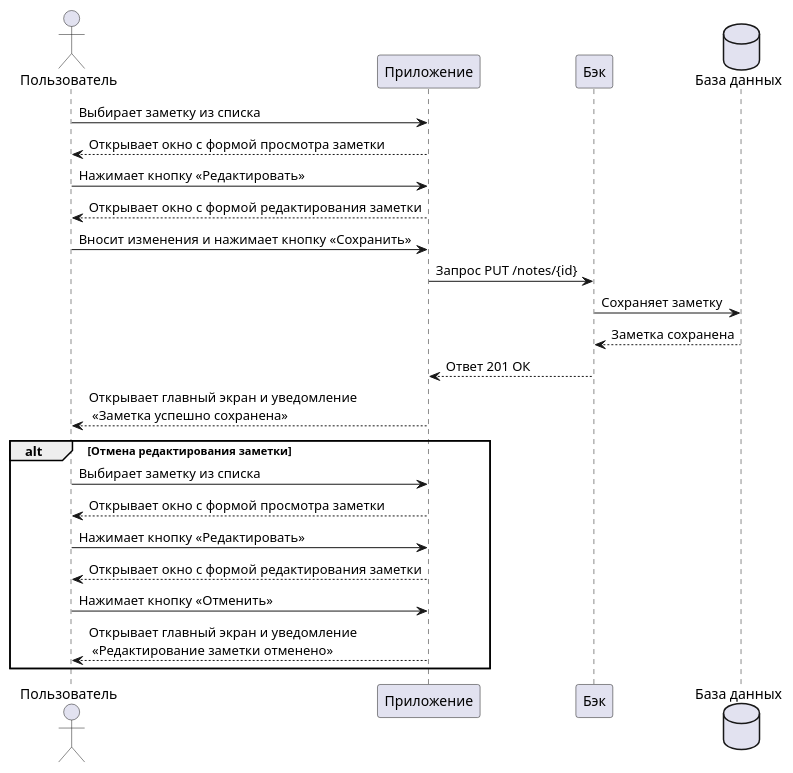
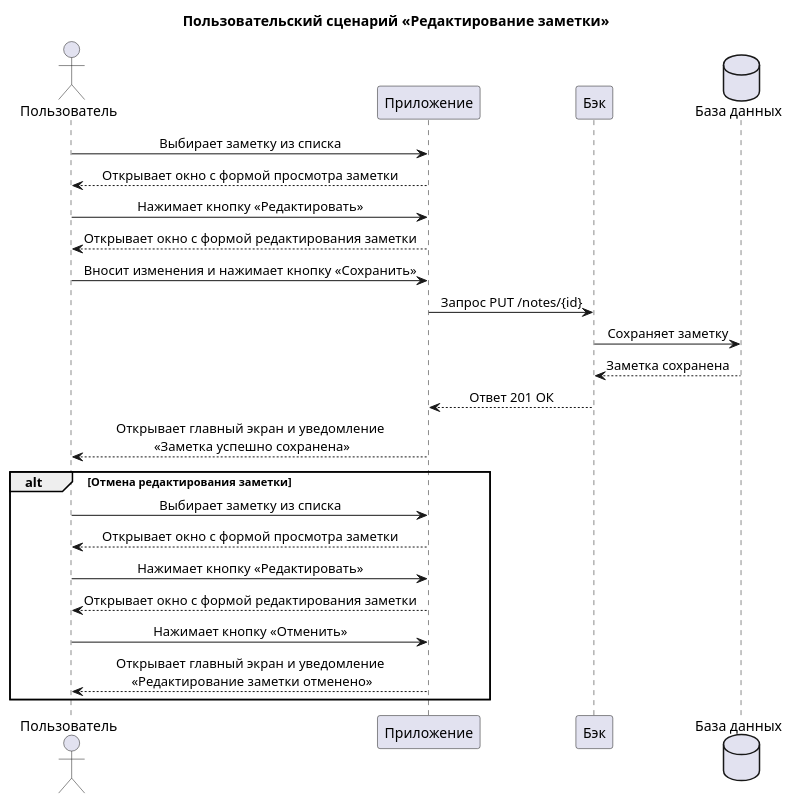
One commit to yulyashabel5-tech/pet-project changed the first of 2 diagrams in docs/examples/page2.md. Above: the diagram before and after it, drawn with PlantUML. The commit also changed other lines of this file and 4 other files, not shown here.

Commit message:
Добавила описание PlantUML

````diff
--- a/docs/examples/page2.md
+++ b/docs/examples/page2.md
@@ -63,28 +63,31 @@
 ```puml
 @startuml
+title Пользовательский сценарий «Редактирование заметки»
+skinparam sequenceMessageAlign center
+
 actor Пользователь as user
 participant Приложение as front
 participant Бэк as back
 database "База данных" as bd
 
 user -> front: Выбирает заметку из списка
 user <-- front: Открывает окно с формой просмотра заметки
 user -> front: Нажимает кнопку «Редактировать»
 user <-- front: Открывает окно с формой редактирования заметки
 user -> front: Вносит изменения и нажимает кнопку «Сохранить»
 front -> back: Запрос PUT /notes/{id}
 back -> bd: Сохраняет заметку
 back <-- bd: Заметка сохранена
 back --> front: Ответ 201 ОК
 front --> user: Открывает главный экран и уведомление\n «Заметка успешно сохранена»
 
 alt Отмена редактирования заметки
 user -> front: Выбирает заметку из списка
 user <-- front: Открывает окно с формой просмотра заметки
 user -> front: Нажимает кнопку «Редактировать»
 user <-- front: Открывает окно с формой редактирования заметки
 user -> front: Нажимает кнопку «Отменить»
 front --> user: Открывает главный экран и уведомление\n «Редактирование заметки отменено» 
 end alt
 @enduml
 ```
````
